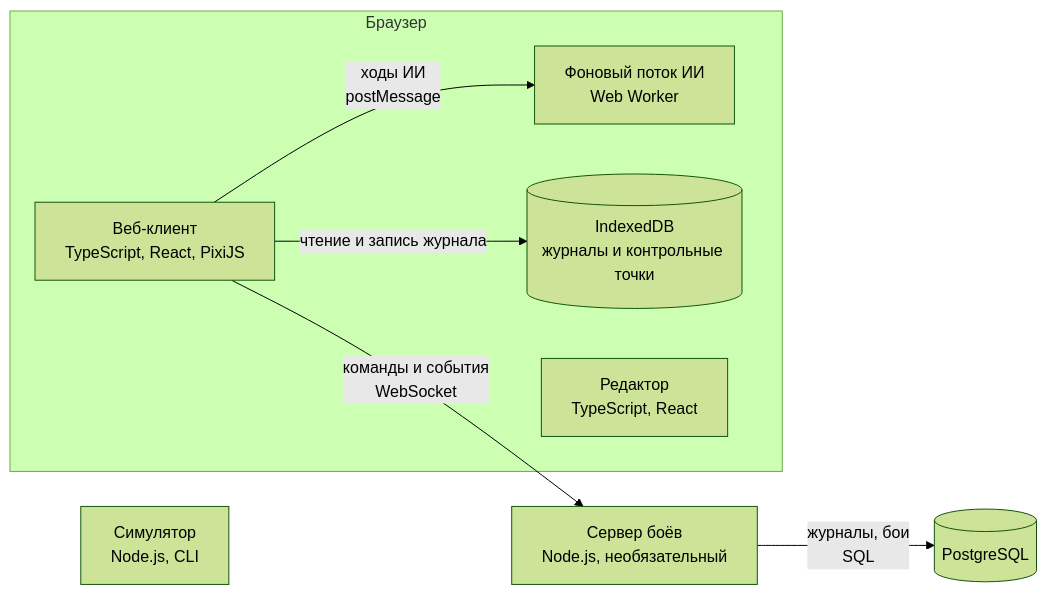
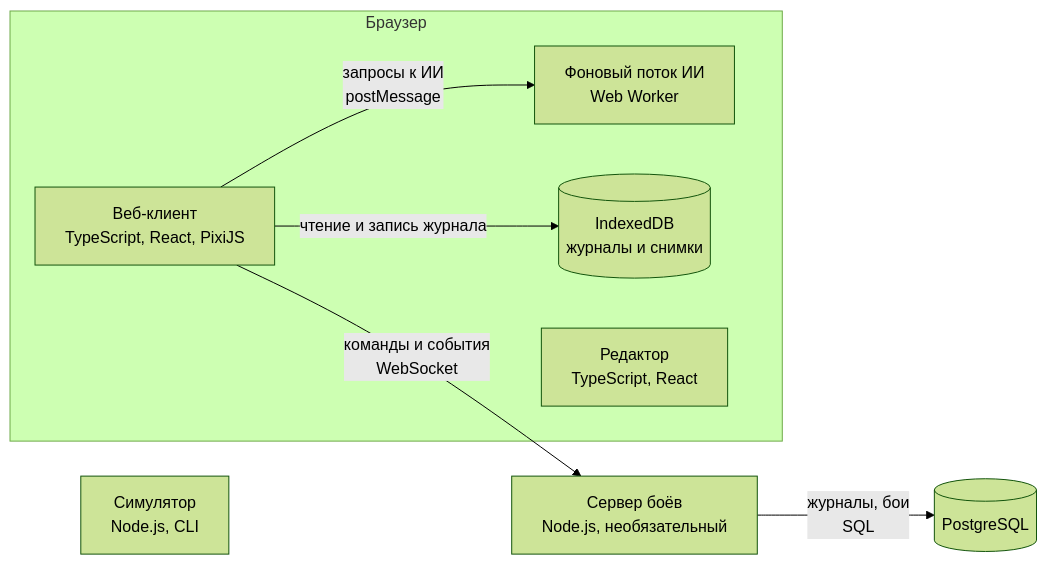
The diagram in docs/architecture/04-building-blocks.md (LinKav20/Heroes2dBattleGame), drawn with Mermaid (forest theme) before and after one commit. The commit also changed other lines of this file and 53 other files, not shown here.

````diff
--- a/docs/architecture/04-building-blocks.md
+++ b/docs/architecture/04-building-blocks.md
@@ -9,16 +11,16 @@
 ```mermaid
 flowchart LR
   subgraph Browser["Браузер"]
     WEB["Веб-клиент<br/>TypeScript, React, PixiJS"]
     WRK["Фоновый поток ИИ<br/>Web Worker"]
-    IDB[("IndexedDB<br/>журналы и контрольные точки")]
+    IDB[("IndexedDB<br/>журналы и снимки")]
     ED["Редактор<br/>TypeScript, React"]
   end
   SRV["Сервер боёв<br/>Node.js, необязательный"]
   PG[("PostgreSQL")]
   SIM["Симулятор<br/>Node.js, CLI"]
-  WEB -- "ходы ИИ<br/>postMessage" --> WRK
+  WEB -- "запросы к ИИ<br/>postMessage" --> WRK
   WEB -- "чтение и запись журнала" --> IDB
   WEB -- "команды и события<br/>WebSocket" --> SRV
   SRV -- "журналы, бои<br/>SQL" --> PG
 ```
````
